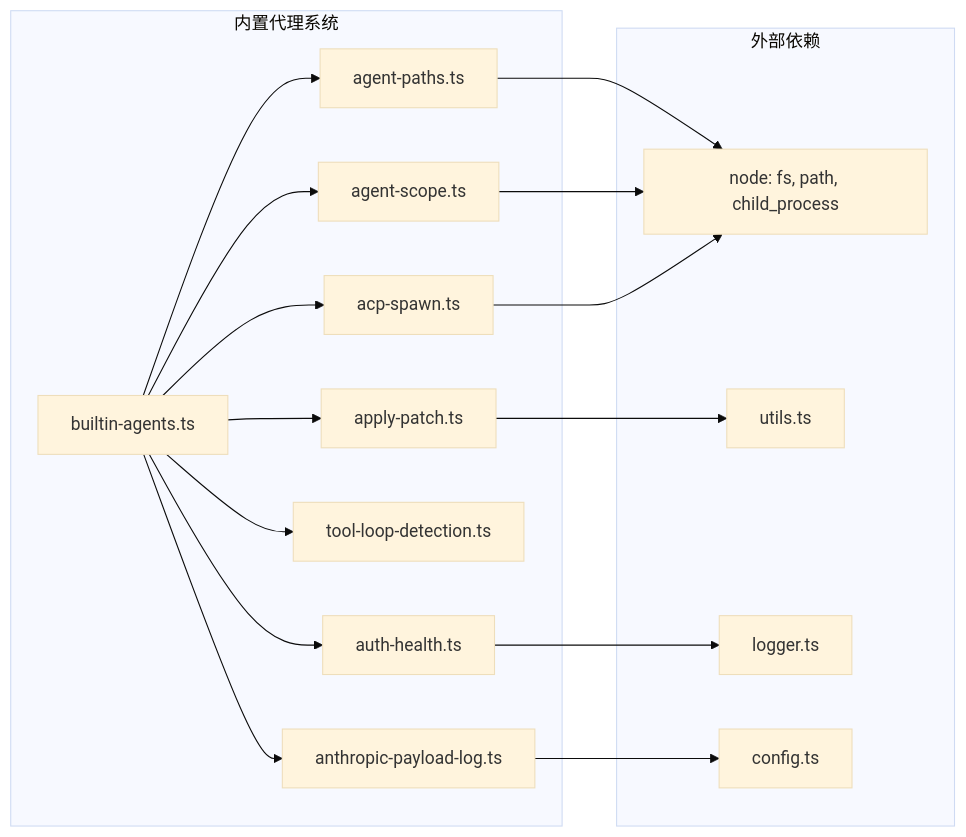
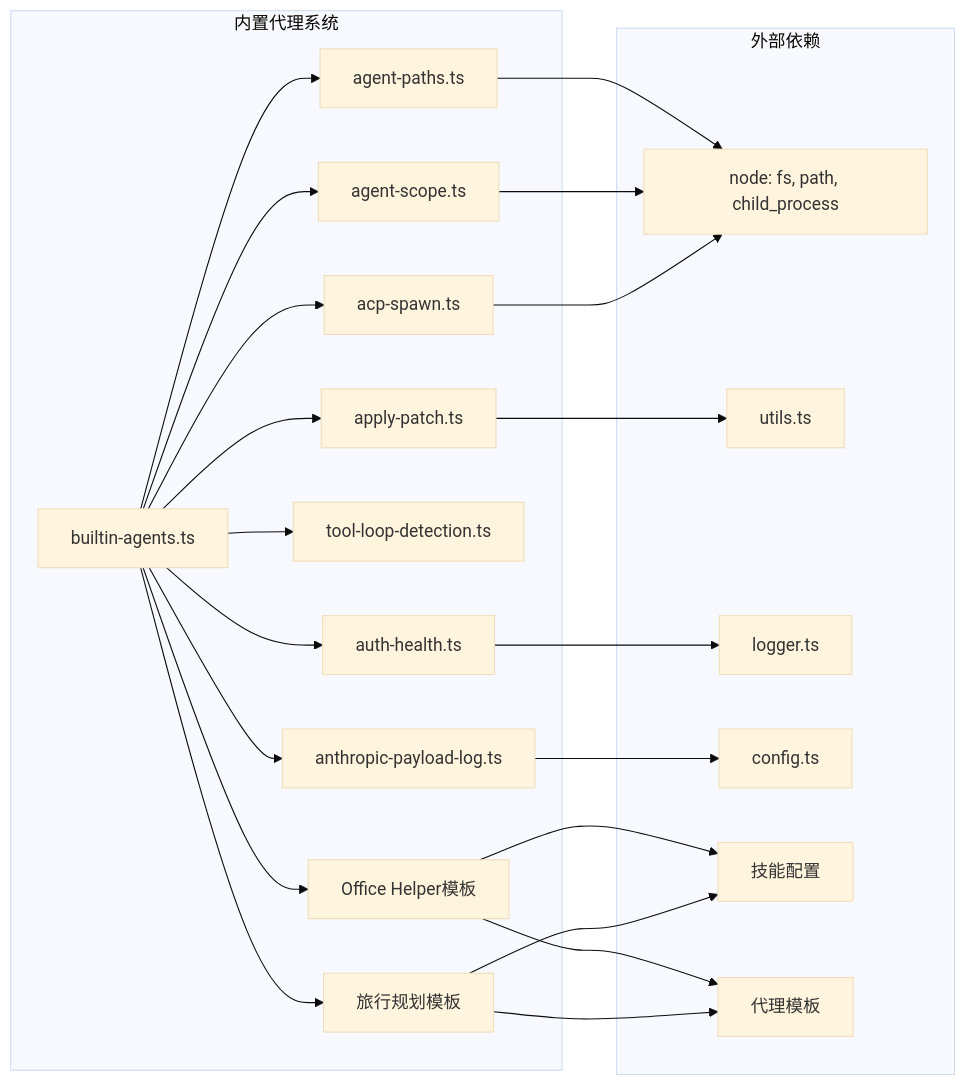
Diagram 11 of 12 in .qoder/repowiki/zh/content/Builtin Agents System.md (verse-ai-org/openclaw), drawn with Mermaid (base theme) before and after one commit. The commit also changed other lines of this file and 7 other files, not shown here.

````diff
--- a/.qoder/repowiki/zh/content/Builtin Agents System.md
+++ b/.qoder/repowiki/zh/content/Builtin Agents System.md
@@ -335,32 +495,42 @@
 ```mermaid
 graph LR
 subgraph "内置代理系统"
 BA[builtin-agents.ts]
 AP[agent-paths.ts]
 AS[agent-scope.ts]
 ACSP[acp-spawn.ts]
 APP[apply-patch.ts]
 TLD[tool-loop-detection.ts]
 AH[auth-health.ts]
 APL[anthropic-payload-log.ts]
+OHT[Office Helper模板]
+TPT[旅行规划模板]
 end
 subgraph "外部依赖"
 Node[node: fs, path, child_process]
 Utils[utils.ts]
 Logger[logger.ts]
 Config[config.ts]
+Skills[技能配置]
+Templates[代理模板]
 end
 BA --> AP
 BA --> AS
 BA --> ACSP
 BA --> APP
 BA --> TLD
 BA --> AH
 BA --> APL
+BA --> OHT
+BA --> TPT
+OHT --> Skills
+TPT --> Skills
+OHT --> Templates
+TPT --> Templates
 AP --> Node
 AS --> Node
 ACSP --> Node
 APP --> Utils
 AH --> Logger
 APL --> Config
 ```
````
